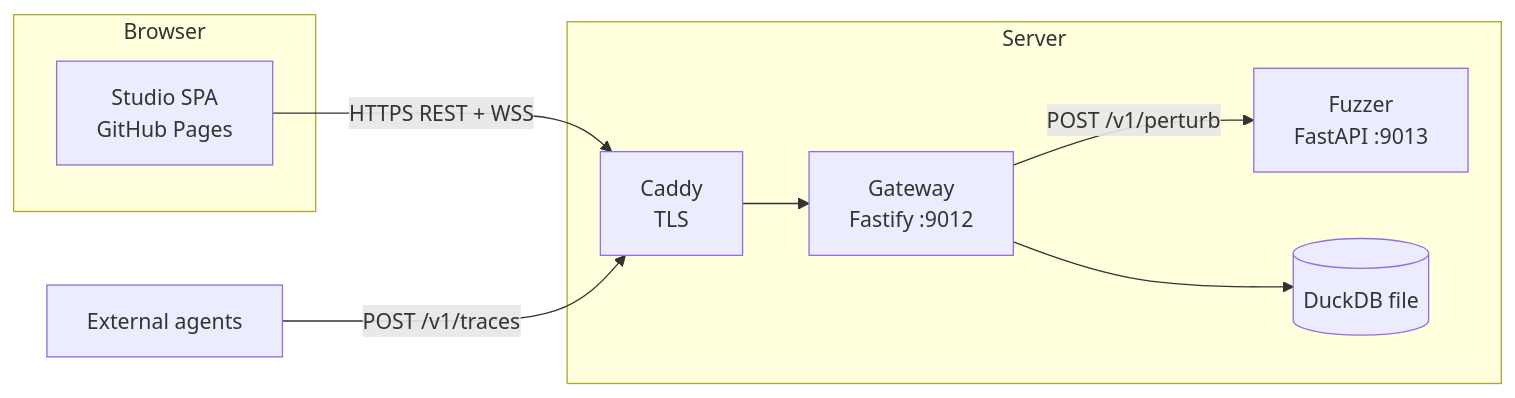
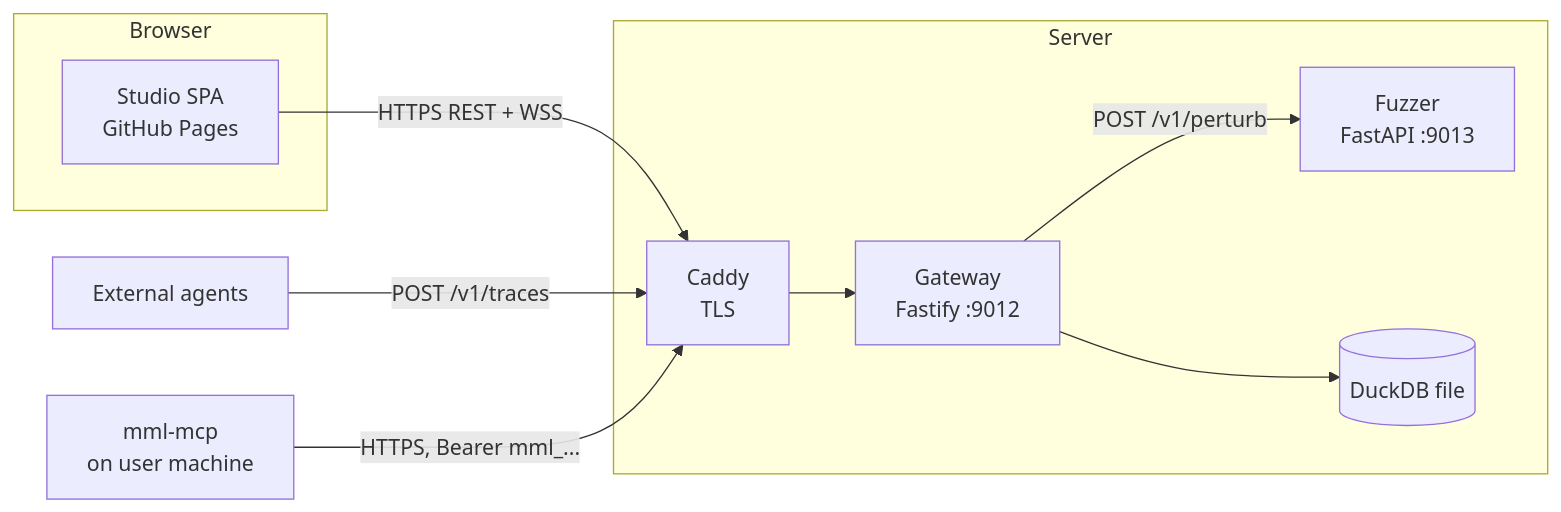
One commit to JayNightmare/Multi-Model-Thing changed the first of 4 diagrams in docs/architecture.md. Above: the diagram before and after it, drawn with Mermaid. The commit also changed other lines of this file and 72 other files, not shown here.

````diff
--- a/docs/architecture.md
+++ b/docs/architecture.md
@@ -5,16 +5,17 @@
 ```mermaid
 flowchart LR
     subgraph Browser
         S[Studio SPA<br/>GitHub Pages]
     end
     subgraph Server
         C[Caddy<br/>TLS]
         G[Gateway<br/>Fastify :9012]
         F[Fuzzer<br/>FastAPI :9013]
         D[(DuckDB file)]
     end
     S -- "HTTPS REST + WSS" --> C --> G
     G -- "POST /v1/perturb" --> F
     G --> D
     A[External agents] -- "POST /v1/traces" --> C
+    M[mml-mcp<br/>on user machine] -- "HTTPS, Bearer mml_..." --> C
 ```
````
